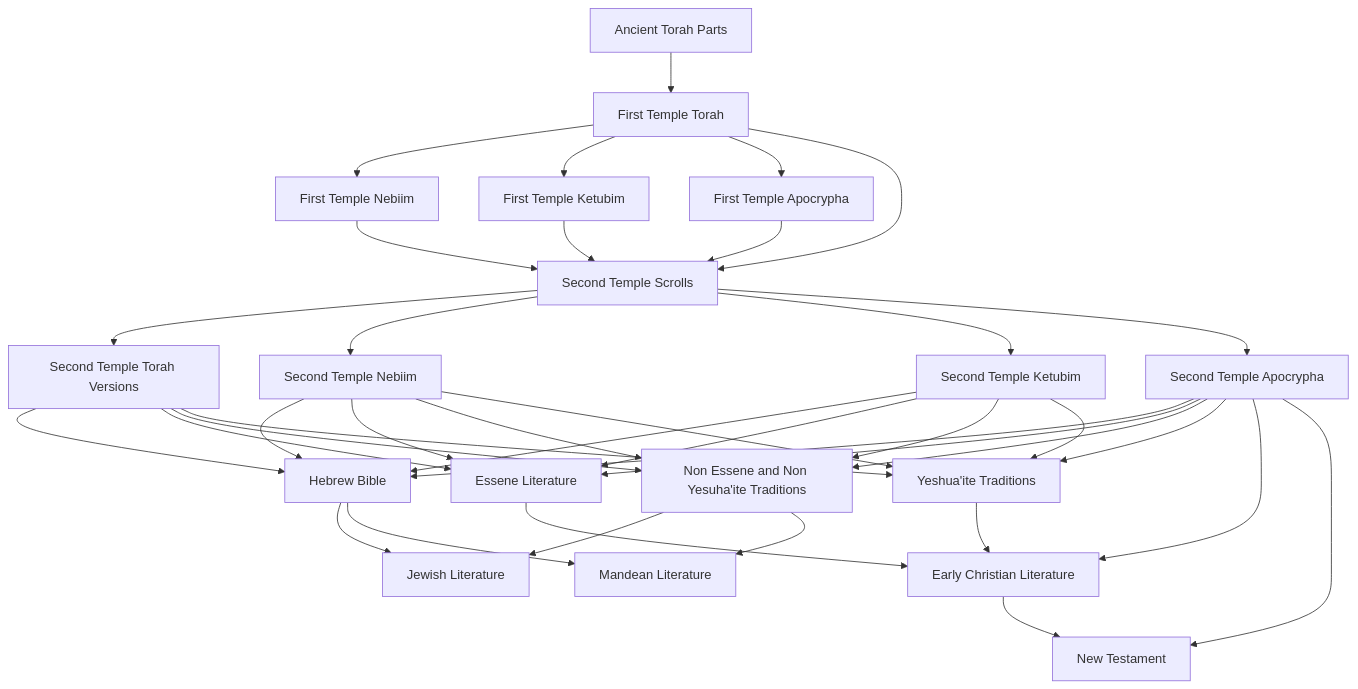
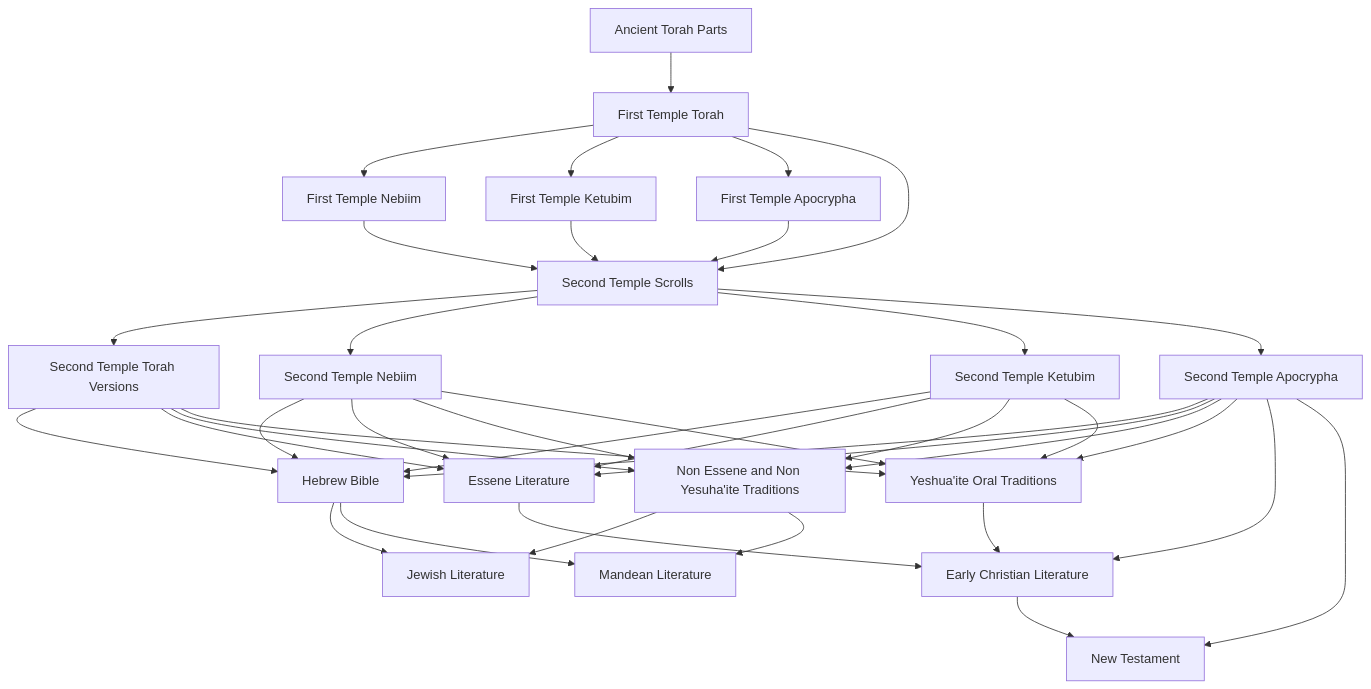
One commit to bendqh1/mermaid changed the diagram in judeo_christian_religious_literature.mermaid. Above: the diagram before and after it, drawn with Mermaid.

```diff
--- a/judeo_christian_religious_literature.mermaid
+++ b/judeo_christian_religious_literature.mermaid
@@ -1,23 +1,23 @@
 flowchart TD
     A1[Ancient Torah Parts]
     A1 --> A2[First Temple Torah]
     A2 --> A3[First Temple Nebiim] 
     A2 --> A4[First Temple Ketubim]
     A2 --> A5[First Temple Apocrypha]
     A2 & A3 & A4 & A5 --> B1[Second Temple Scrolls]
 
     B1 --> B2[Second Temple Torah Versions]
     B1 --> B3[Second Temple Nebiim]
     B1 --> B4[Second Temple Ketubim]
     B1 --> B5[Second Temple Apocrypha]
 
     B2 & B3 & B4 & B5 --> C1[Hebrew Bible]
     B2 & B3 & B4 & B5 --> C2[Essene Literature]
     B2 & B3 & B4 & B5 --> C3[Non Essene and Non Yesuha'ite Traditions]
-    B2 & B3 & B4 & B5 --> C4[Yeshua'ite Traditions]
+    B2 & B3 & B4 & B5 --> C4[Yeshua'ite Oral Traditions]
 
     C1 & C3 --> D1[Jewish Literature]
     C1 & C3 --> D2[Mandean Literature]
     B5 & C2 & C4 --> D3[Early Christian Literature]
 
     B5 & D3 --> E1[New Testament]
```
